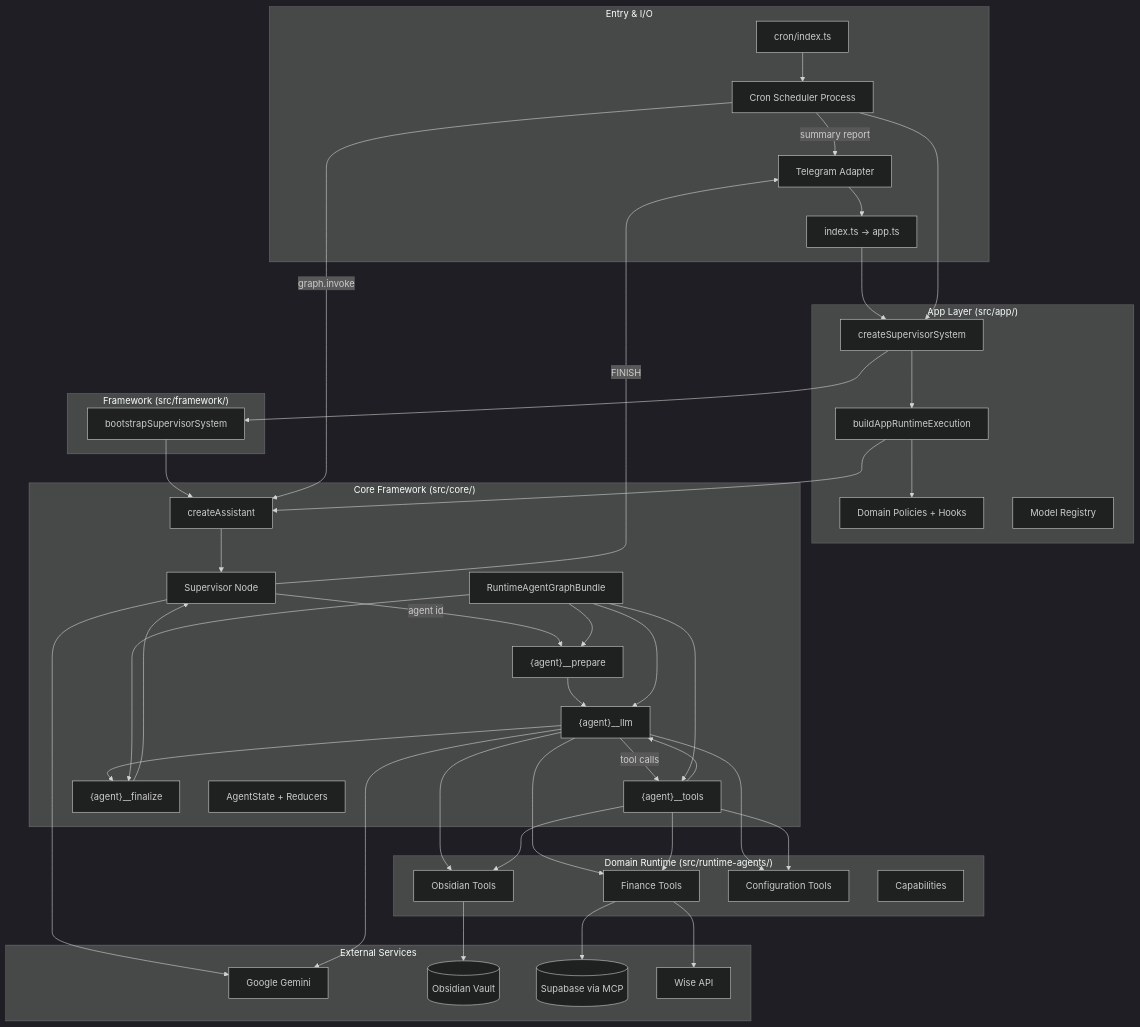
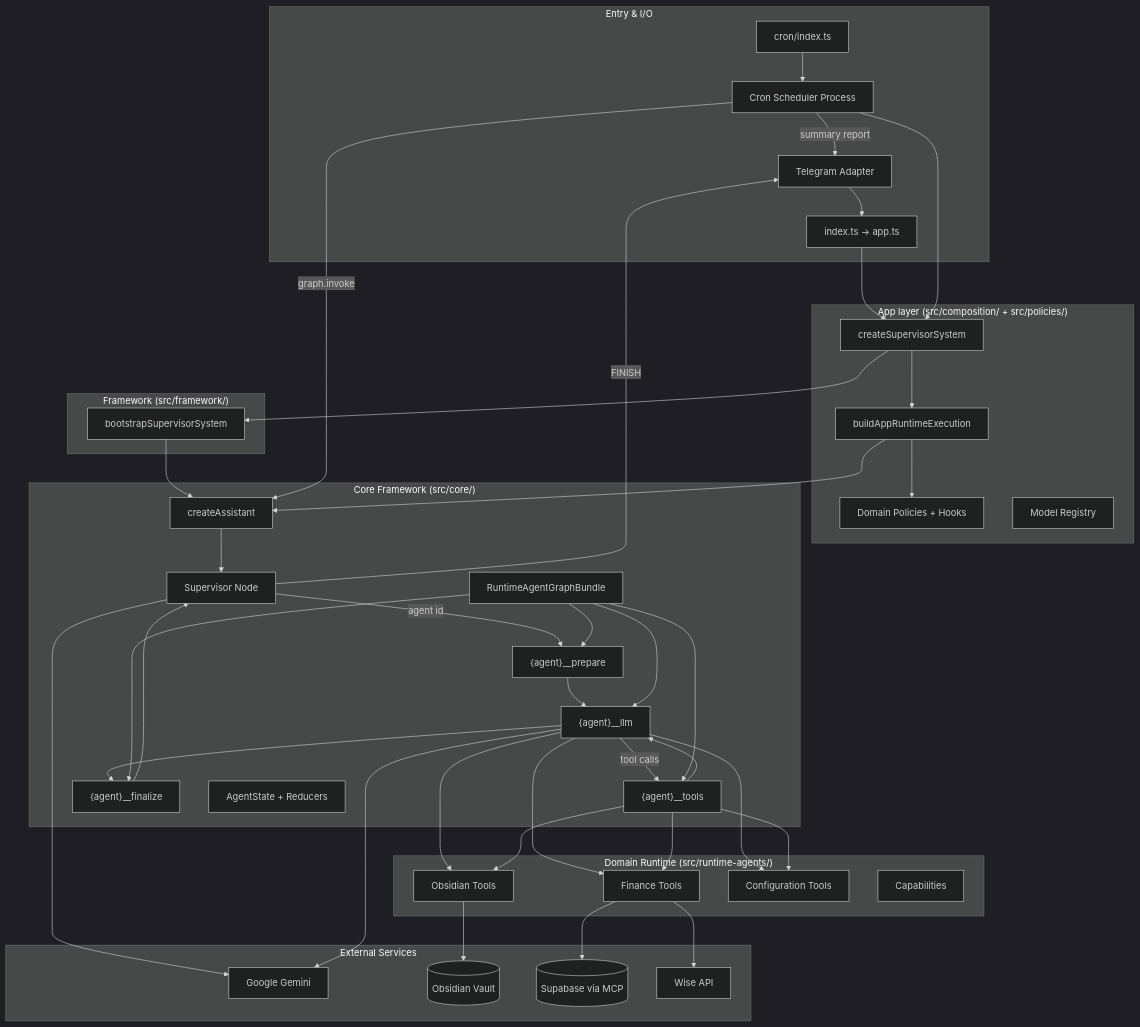
The first of 2 diagrams in docs/ARCHITECTURE.md (slnnzmtl/langgraph-personal-assistant), drawn with Mermaid (dark theme) before and after one commit. The commit also changed other lines of this file and 29 other files, not shown here.

````diff
--- a/docs/ARCHITECTURE.md
+++ b/docs/ARCHITECTURE.md
@@ -32,66 +33,66 @@
 ```mermaid
 flowchart TB
     subgraph Entry["Entry & I/O"]
         TG[Telegram Adapter]
         CRON[Cron Scheduler Process]
         IDX[index.ts → app.ts]
         CRIDX[cron/index.ts]
     end
 
-    subgraph AppLayer["App Layer (src/app/)"]
+    subgraph AppLayer["App layer (src/composition/ + src/policies/)"]
         WFC[createSupervisorSystem]
         KIT[buildAppRuntimeExecution]
         POL[Domain Policies + Hooks]
         MR[Model Registry]
     end
 
     subgraph FrameworkLayer["Framework (src/framework/)"]
         BOOT[bootstrapSupervisorSystem]
     end
 
     subgraph Core["Core Framework (src/core/)"]
         CA[createAssistant]
         SUP[Supervisor Node]
         PREP["{agent}__prepare"]
         LLM["{agent}__llm"]
         TOOLS["{agent}__tools"]
         FINN["{agent}__finalize"]
         BUNDLE[RuntimeAgentGraphBundle]
         STATE[AgentState + Reducers]
     end
 
     subgraph Runtime["Domain Runtime (src/runtime-agents/)"]
         FIN[Finance Tools]
         OBS[Obsidian Tools]
         CFG[Configuration Tools]
         BUND[Capabilities]
     end
 
     subgraph External["External Services"]
         GEMINI[Google Gemini]
         VAULT[(Obsidian Vault)]
         SB[(Supabase via MCP)]
         WISE[Wise API]
     end
 
     TG --> IDX --> WFC --> BOOT --> CA
     CRIDX --> CRON
     CRON --> WFC
     CRON -->|graph.invoke| CA
     CRON -->|summary report| TG
     WFC --> KIT --> CA
     KIT --> POL
     CA --> SUP
     SUP -->|agent id| PREP
     PREP --> LLM
     LLM -->|tool calls| TOOLS
     TOOLS --> LLM
     LLM --> FINN
     FINN --> SUP
     SUP -->|FINISH| TG
     BUNDLE --> PREP & LLM & TOOLS & FINN
     LLM & TOOLS --> FIN & OBS & CFG
     FIN --> SB & WISE
     OBS --> VAULT
     SUP & LLM --> GEMINI
 ```
````
